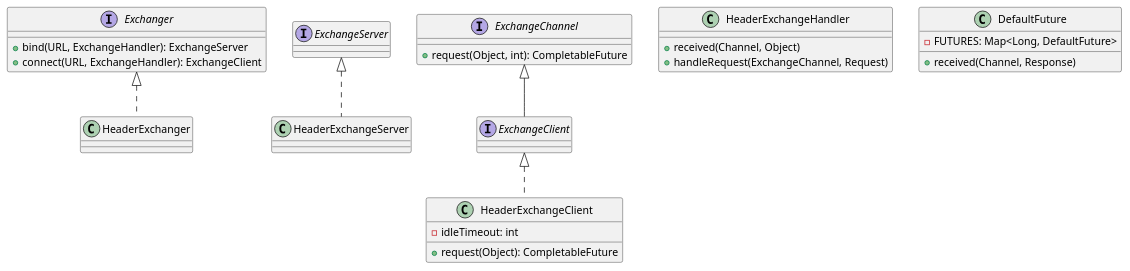
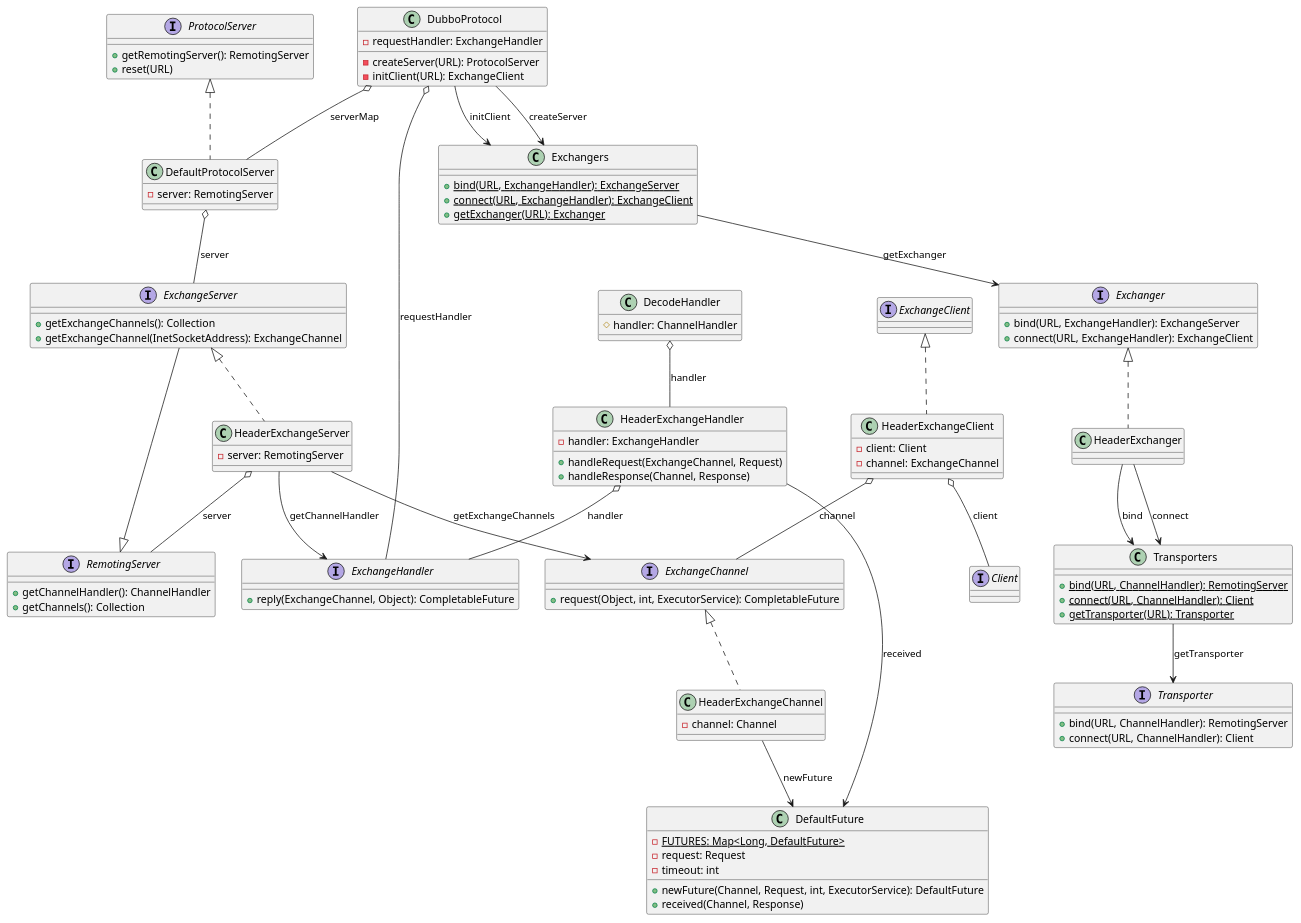
One commit to kevinwang930/kevinwang930.github.io changed the ninth of 17 diagrams in content/post/network/dubbo/index.md. Above: the diagram before and after it, drawn with PlantUML. The commit also changed other lines of this file and 3 other files, not shown here.

````diff
--- a/content/post/network/dubbo/index.md
+++ b/content/post/network/dubbo/index.md
@@ -2174,30 +2317,99 @@
 @startuml
 top to bottom direction
 
+class DubboProtocol {
+  - requestHandler: ExchangeHandler
+  - createServer(URL): ProtocolServer
+  - initClient(URL): ExchangeClient
+}
+interface ExchangeHandler {
+  + reply(ExchangeChannel, Object): CompletableFuture
+}
+
+class Exchangers {
+  {static} + bind(URL, ExchangeHandler): ExchangeServer
+  {static} + connect(URL, ExchangeHandler): ExchangeClient
+  {static} + getExchanger(URL): Exchanger
+}
 interface Exchanger {
   + bind(URL, ExchangeHandler): ExchangeServer
   + connect(URL, ExchangeHandler): ExchangeClient
 }
 class HeaderExchanger implements Exchanger
 
-interface ExchangeServer
-class HeaderExchangeServer implements ExchangeServer
-
+interface RemotingServer {
+  + getChannelHandler(): ChannelHandler
+  + getChannels(): Collection
+}
+interface ExchangeServer extends RemotingServer {
+  + getExchangeChannels(): Collection
+  + getExchangeChannel(InetSocketAddress): ExchangeChannel
+}
+class HeaderExchangeServer implements ExchangeServer {
+  - server: RemotingServer
+}
+interface ProtocolServer {
+  + getRemotingServer(): RemotingServer
+  + reset(URL)
+}
+class DefaultProtocolServer implements ProtocolServer {
+  - server: RemotingServer
+}
+interface ExchangeClient
+class HeaderExchangeClient implements ExchangeClient {
+  - client: Client
+  - channel: ExchangeChannel
+}
 interface ExchangeChannel {
-  + request(Object, int): CompletableFuture
+  + request(Object, int, ExecutorService): CompletableFuture
 }
-interface ExchangeClient extends ExchangeChannel
-class HeaderExchangeClient implements ExchangeClient {
-  - idleTimeout: int
-  + request(Object): CompletableFuture
+class HeaderExchangeChannel implements ExchangeChannel {
+  - channel: Channel
 }
 class HeaderExchangeHandler {
-  + received(Channel, Object)
+  - handler: ExchangeHandler
   + handleRequest(ExchangeChannel, Request)
+  + handleResponse(Channel, Response)
+}
+class DecodeHandler {
+  # handler: ChannelHandler
 }
 class DefaultFuture {
-  - FUTURES: Map<Long, DefaultFuture>
+  {static} - FUTURES: Map<Long, DefaultFuture>
+  - request: Request
+  - timeout: int
+  + newFuture(Channel, Request, int, ExecutorService): DefaultFuture
   + received(Channel, Response)
 }
+
+class Transporters {
+  {static} + bind(URL, ChannelHandler): RemotingServer
+  {static} + connect(URL, ChannelHandler): Client
+  {static} + getTransporter(URL): Transporter
+}
+interface Transporter {
+  + bind(URL, ChannelHandler): RemotingServer
+  + connect(URL, ChannelHandler): Client
+}
+interface Client
+
+DubboProtocol o-- ExchangeHandler : requestHandler
+DubboProtocol o-- DefaultProtocolServer : serverMap
+DefaultProtocolServer o-- ExchangeServer : server
+DubboProtocol --> Exchangers : createServer
+DubboProtocol --> Exchangers : initClient
+Exchangers --> Exchanger : getExchanger
+HeaderExchangeServer o-- RemotingServer : server
+HeaderExchangeServer --> ExchangeChannel : getExchangeChannels
+HeaderExchangeServer --> ExchangeHandler : getChannelHandler
+HeaderExchangeClient o-- Client : client
+HeaderExchangeClient o-- ExchangeChannel : channel
+DecodeHandler o-- HeaderExchangeHandler : handler
+HeaderExchangeHandler o-- ExchangeHandler : handler
+HeaderExchangeChannel --> DefaultFuture : newFuture
+HeaderExchangeHandler --> DefaultFuture : received
+HeaderExchanger --> Transporters : bind
+HeaderExchanger --> Transporters : connect
+Transporters --> Transporter : getTransporter
 @enduml
 ```
````
